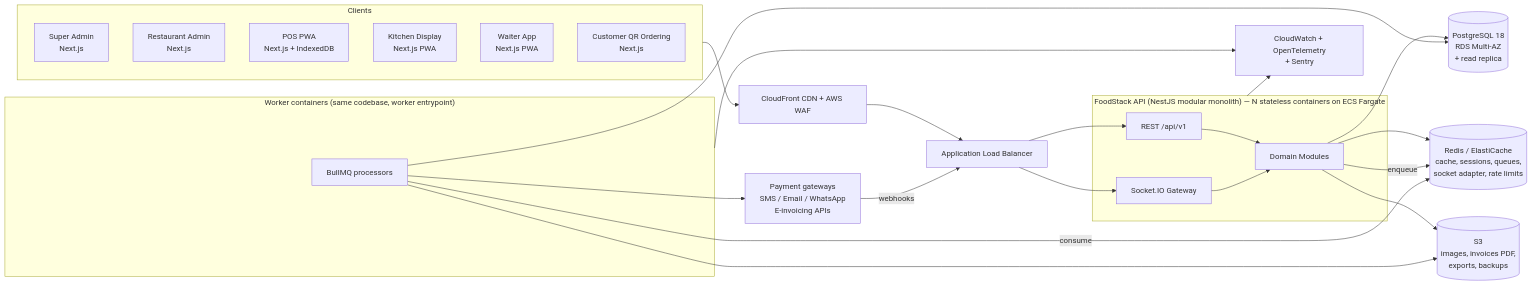
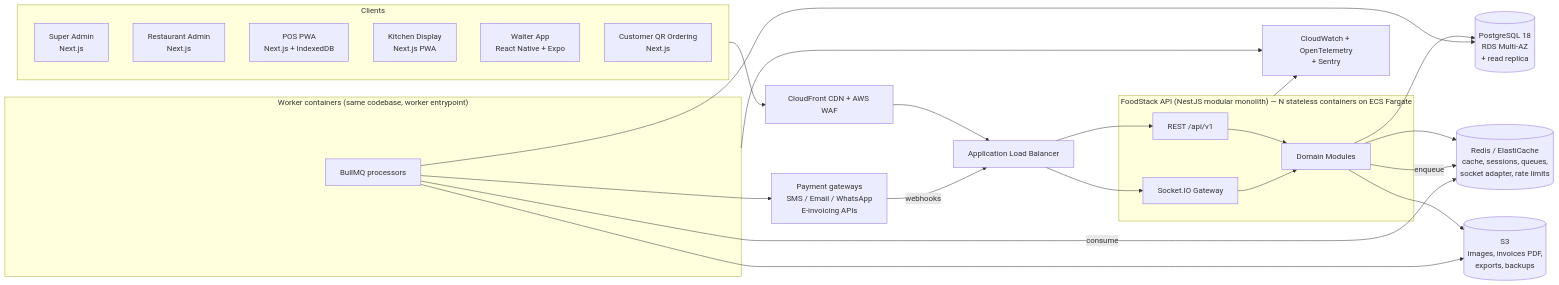
The first of 2 diagrams in docs/system-architecture.md (samarendra3/FoodStack), drawn with Mermaid before and after one commit. The commit also changed other lines of this file and 177 other files, not shown here.

````diff
--- a/docs/system-architecture.md
+++ b/docs/system-architecture.md
@@ -19,40 +19,40 @@
 ```mermaid
 flowchart LR
   subgraph Clients
     SA[Super Admin<br/>Next.js]
     RA[Restaurant Admin<br/>Next.js]
     POS[POS PWA<br/>Next.js + IndexedDB]
     KDS[Kitchen Display<br/>Next.js PWA]
-    WA[Waiter App<br/>Next.js PWA]
+    WA[Waiter App<br/>React Native + Expo]
     QR[Customer QR Ordering<br/>Next.js]
   end
 
   CDN[CloudFront CDN + AWS WAF]
   ALB[Application Load Balancer]
 
   subgraph API["FoodStack API (NestJS modular monolith) — N stateless containers on ECS Fargate"]
     REST[REST /api/v1]
     WS[Socket.IO Gateway]
     MODS[Domain Modules]
   end
 
   subgraph Workers["Worker containers (same codebase, worker entrypoint)"]
     BQ[BullMQ processors]
   end
 
   PG[(PostgreSQL 18<br/>RDS Multi-AZ<br/>+ read replica)]
   RD[(Redis / ElastiCache<br/>cache, sessions, queues,<br/>socket adapter, rate limits)]
   S3[(S3<br/>images, invoices PDF,<br/>exports, backups)]
   EXT[Payment gateways<br/>SMS / Email / WhatsApp<br/>E-invoicing APIs]
   OBS[CloudWatch + OpenTelemetry<br/>+ Sentry]
 
   Clients --> CDN --> ALB --> REST & WS
   REST --> MODS
   WS --> MODS
   MODS --> PG & RD & S3
   MODS -- enqueue --> RD
   BQ -- consume --> RD
   BQ --> PG & S3 & EXT
   EXT -- webhooks --> ALB
   API & Workers --> OBS
 ```
````
